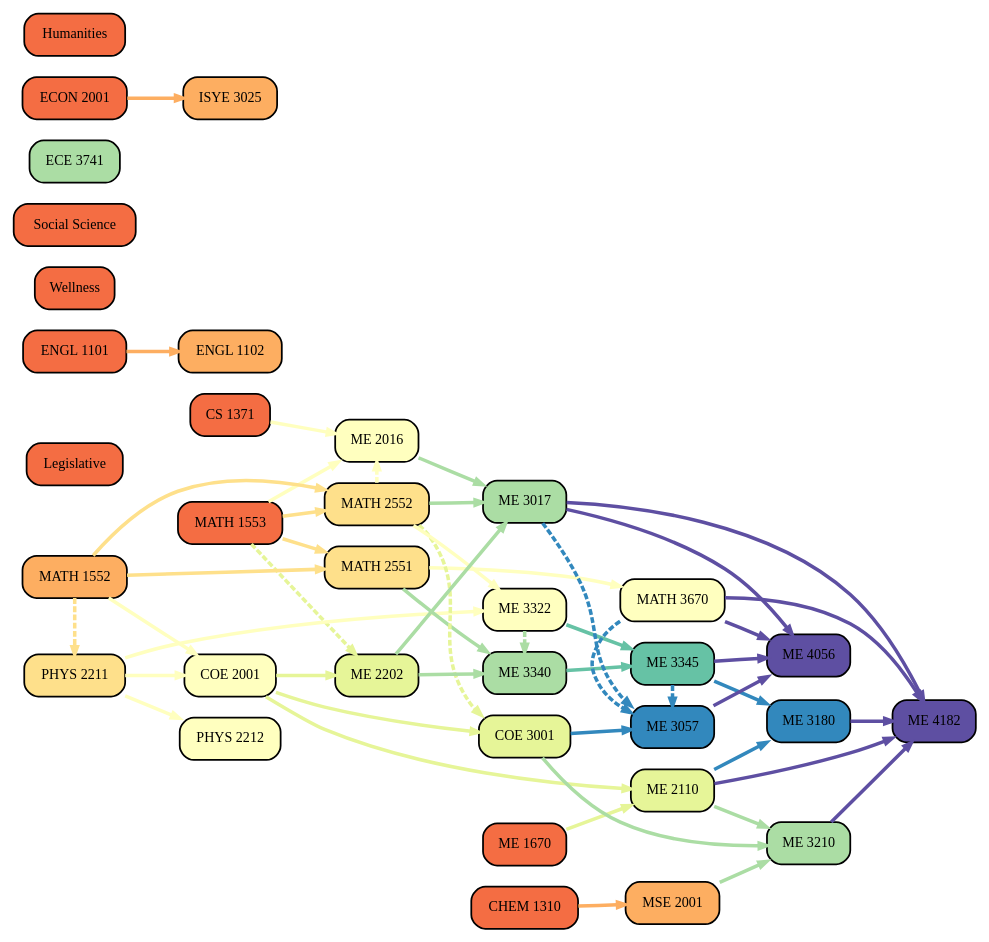
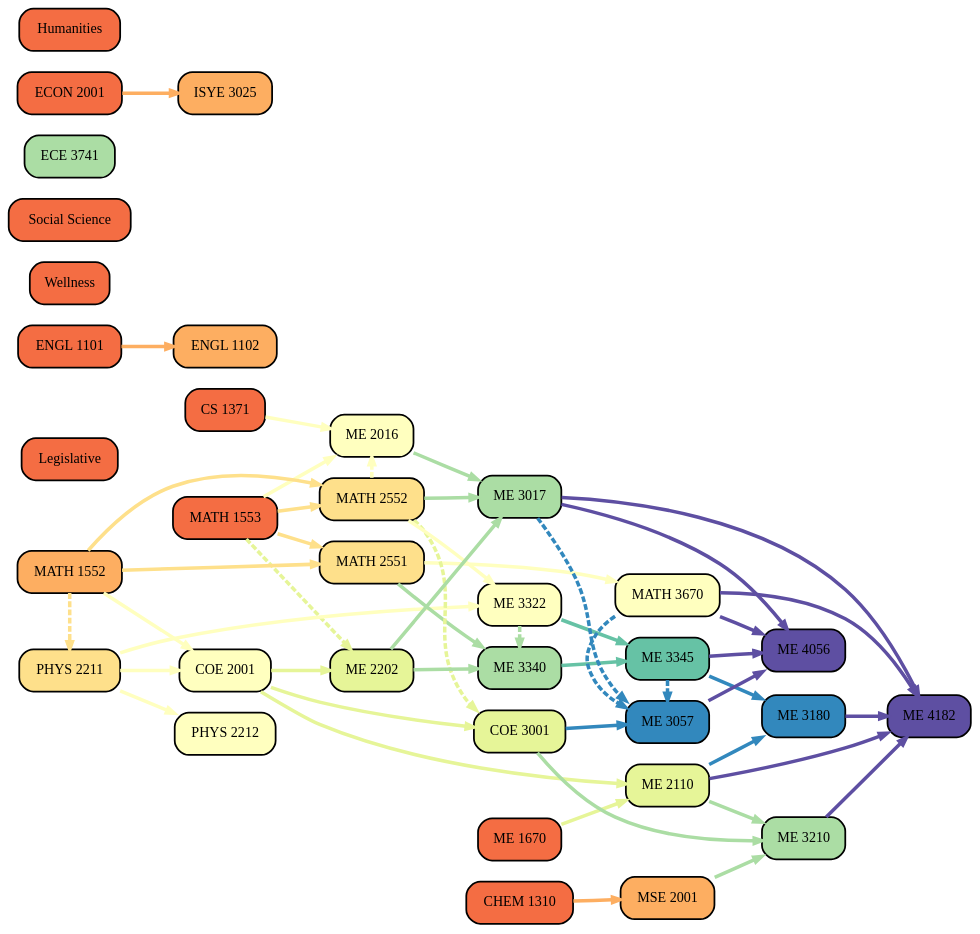
The diagram in gt-planner-prototype-minimal/backend/dots/g2.gv (yunho-c/gt-curriculum-planner), drawn with Graphviz before and after one commit. The commit also changed 10 other files, not shown here.

```diff
--- a/gt-planner-prototype-minimal/backend/dots/g2.gv
+++ b/gt-planner-prototype-minimal/backend/dots/g2.gv
@@ -1,88 +1,89 @@
 digraph Curriculum {
 	node [color=black colorscheme=spectral11 fontsize=12 penwidth=1.5 shape=box style="rounded, filled, radial"]
 	edge [arrowsize=0.65 colorscheme=spectral11 penwidth=3]
 	rankdir=LR
+	bgcolor=transparent
 	"CHEM 1310" [fillcolor=3]
 	"MATH 1553" [fillcolor=3]
 	Legislative [fillcolor=3]
 	"ENGL 1101" [fillcolor=3]
 	Wellness [fillcolor=3]
 	"PHYS 2211" [fillcolor=5]
 	"MATH 1552" -> "PHYS 2211" [color=5 constraint=false style=dashed]
 	"MATH 1552" [fillcolor=4]
 	"CS 1371" [fillcolor=3]
 	"ME 1670" [fillcolor=3]
 	"ENGL 1102" [fillcolor=4]
 	"ENGL 1101" -> "ENGL 1102" [color=4 style=solid]
 	"PHYS 2212" [fillcolor=6]
 	"PHYS 2211" -> "PHYS 2212" [color=6 style=solid]
 	"MATH 2551" [fillcolor=5]
 	"MATH 1552" -> "MATH 2551" [color=5 style=solid]
 	"MATH 1553" -> "MATH 2551" [color=5 style=solid]
 	"ME 2110" [fillcolor=7]
 	"ME 1670" -> "ME 2110" [color=7 style=solid]
 	"COE 2001" -> "ME 2110" [color=7 style=solid]
 	"MSE 2001" [fillcolor=4]
 	"CHEM 1310" -> "MSE 2001" [color=4 style=solid]
 	"COE 2001" [fillcolor=6]
 	"MATH 1552" -> "COE 2001" [color=6 style=solid]
 	"PHYS 2211" -> "COE 2001" [color=6 style=solid]
 	"MATH 2552" [fillcolor=5]
 	"MATH 1552" -> "MATH 2552" [color=5 style=solid]
 	"MATH 1553" -> "MATH 2552" [color=5 style=solid]
 	"ME 2016" [fillcolor=6]
 	"MATH 1553" -> "ME 2016" [color=6 style=solid]
 	"MATH 2552" -> "ME 2016" [color=6 constraint=false style=dashed]
 	"CS 1371" -> "ME 2016" [color=6 style=solid]
 	"ME 2202" [fillcolor=7]
 	"COE 2001" -> "ME 2202" [color=7 style=solid]
 	"MATH 1553" -> "ME 2202" [color=7 constraint=false style=dashed]
 	"Social Science" [fillcolor=3]
 	"ECE 3741" [fillcolor=8]
 	"COE 3001" [fillcolor=7]
 	"COE 2001" -> "COE 3001" [color=7 style=solid]
 	"MATH 2552" -> "COE 3001" [color=7 constraint=false style=dashed]
 	"ME 3322" [fillcolor=6]
 	"PHYS 2211" -> "ME 3322" [color=6 style=solid]
 	"MATH 2552" -> "ME 3322" [color=6 style=solid]
 	"ME 3340" [fillcolor=8]
 	"ME 2202" -> "ME 3340" [color=8 style=solid]
 	"MATH 2551" -> "ME 3340" [color=8 style=solid]
 	"ME 3322" -> "ME 3340" [color=8 constraint=false style=dashed]
 	"ECON 2001" [fillcolor=3]
 	Humanities [fillcolor=3]
 	"ME 3017" [fillcolor=8]
 	"ME 2202" -> "ME 3017" [color=8 style=solid]
 	"ME 2016" -> "ME 3017" [color=8 style=solid]
 	"MATH 2552" -> "ME 3017" [color=8 style=solid]
 	"ME 3345" [fillcolor=9]
 	"ME 3322" -> "ME 3345" [color=9 style=solid]
 	"ME 3340" -> "ME 3345" [color=9 style=solid]
 	"ME 3057" [fillcolor=10]
 	"COE 3001" -> "ME 3057" [color=10 style=solid]
 	"ME 3017" -> "ME 3057" [color=10 constraint=false style=dashed]
 	"ME 3345" -> "ME 3057" [color=10 constraint=false style=dashed]
 	"MATH 3670" -> "ME 3057" [color=10 constraint=false style=dashed]
 	"ISYE 3025" [fillcolor=4]
 	"ECON 2001" -> "ISYE 3025" [color=4 style=solid]
 	"MATH 3670" [fillcolor=6]
 	"MATH 2551" -> "MATH 3670" [color=6 style=solid]
 	"ME 3180" [fillcolor=10]
 	"ME 2110" -> "ME 3180" [color=10 style=solid]
 	"ME 3345" -> "ME 3180" [color=10 style=solid]
 	"ME 3210" [fillcolor=8]
 	"MSE 2001" -> "ME 3210" [color=8 style=solid]
 	"ME 2110" -> "ME 3210" [color=8 style=solid]
 	"COE 3001" -> "ME 3210" [color=8 style=solid]
 	"ME 4056" [fillcolor=11]
 	"ME 3057" -> "ME 4056" [color=11 style=solid]
 	"ME 3345" -> "ME 4056" [color=11 style=solid]
 	"ME 3017" -> "ME 4056" [color=11 style=solid]
 	"MATH 3670" -> "ME 4056" [color=11 style=solid]
 	"ME 4182" [fillcolor=11]
 	"ME 3210" -> "ME 4182" [color=11 style=solid]
 	"ME 3180" -> "ME 4182" [color=11 style=solid]
 	"ME 3017" -> "ME 4182" [color=11 style=solid]
 	"MATH 3670" -> "ME 4182" [color=11 style=solid]
 	"ME 2110" -> "ME 4182" [color=11 style=solid]
 }
```
